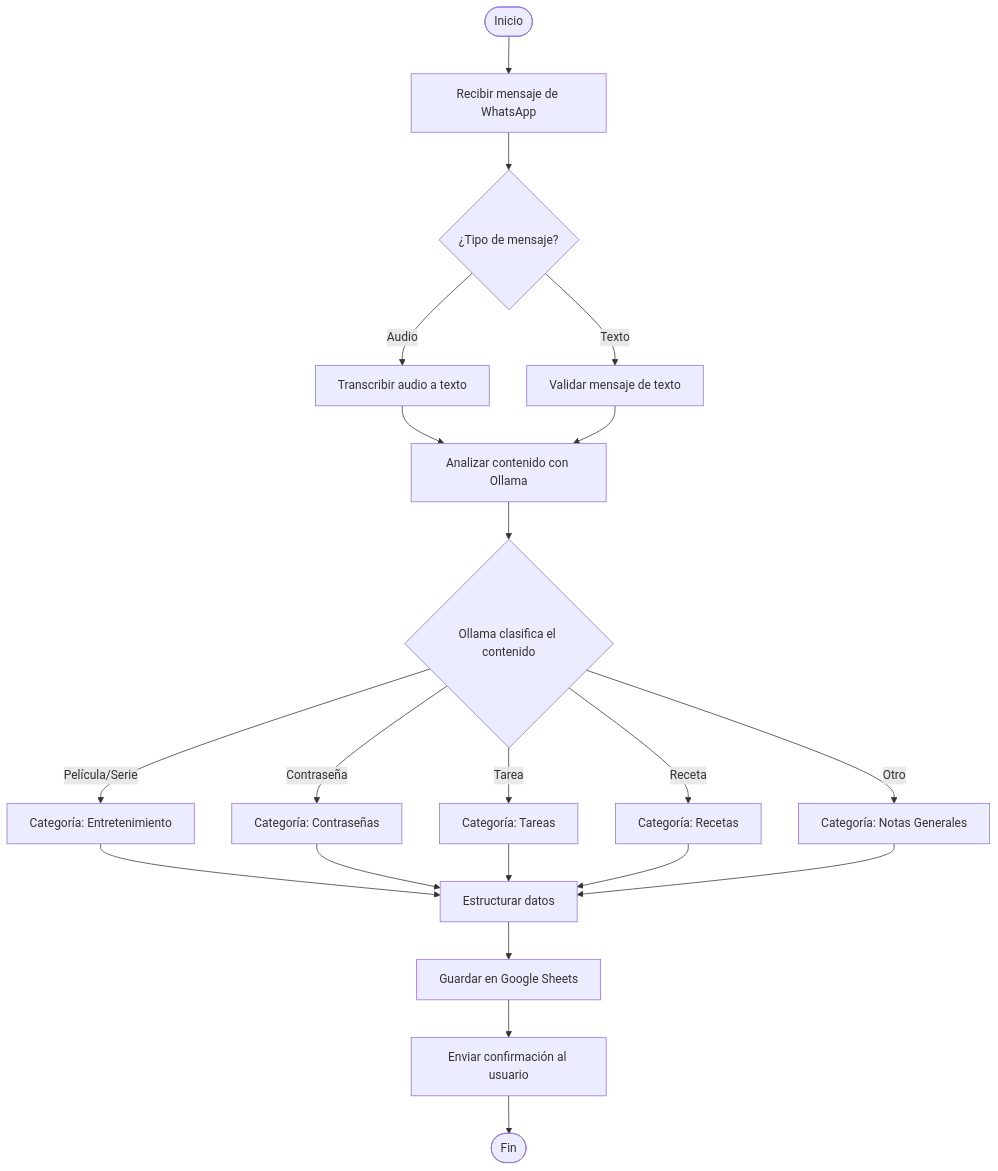
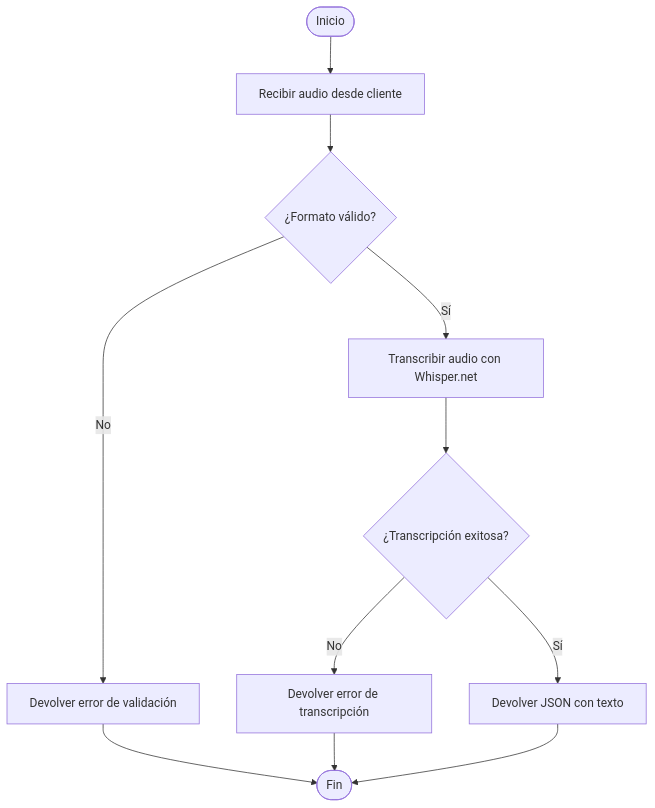
Before and after one commit to industrial-dev/saveyournote: the third of 7 diagrams in README.md, drawn with Mermaid. The commit also changed other lines of this file and 4 other files, not shown here.

Commit message:
📝 Update README.md and add architecture diagram

````diff
--- a/README.md
+++ b/README.md
@@ -302,29 +291,16 @@
 ```mermaid
 flowchart TD
-    Start([Inicio]) --> Recepción[Recibir mensaje de WhatsApp]
-    Recepción --> TipoMsg{¿Tipo de mensaje?}
+    Start([Inicio]) --> Recepción[Recibir audio desde cliente]
+    Recepción --> Validar{¿Formato válido?}
 
-    TipoMsg -->|Audio| Transcribir[Transcribir audio a texto]
-    TipoMsg -->|Texto| ValidarTexto[Validar mensaje de texto]
+    Validar -->|No| Error[Devolver error de validación]
+    Validar -->|Sí| Transcribir[Transcribir audio con Whisper.net]
 
-    Transcribir --> Analizar[Analizar contenido con Ollama]
-    ValidarTexto --> Analizar
+    Transcribir --> Verificar{¿Transcripción exitosa?}
+    Verificar -->|No| ErrorTrans[Devolver error de transcripción]
+    Verificar -->|Sí| Responder[Devolver JSON con texto]
 
-    Analizar --> Clasificar{Ollama clasifica el contenido}
-
-    Clasificar -->|Película/Serie| CatEntretenimiento[Categoría: Entretenimiento]
-    Clasificar -->|Contraseña| CatSeguridad[Categoría: Contraseñas]
-    Clasificar -->|Tarea| CatTareas[Categoría: Tareas]
-    Clasificar -->|Receta| CatRecetas[Categoría: Recetas]
-    Clasificar -->|Otro| CatGeneral[Categoría: Notas Generales]
-
-    CatEntretenimiento --> Estructurar[Estructurar datos]
-    CatSeguridad --> Estructurar
-    CatTareas --> Estructurar
-    CatRecetas --> Estructurar
-    CatGeneral --> Estructurar
-
-    Estructurar --> Guardar[Guardar en Google Sheets]
-    Guardar --> Confirmar[Enviar confirmación al usuario]
-    Confirmar --> End([Fin])
+    Error --> End([Fin])
+    ErrorTrans --> End
+    Responder --> End
 ```
````
